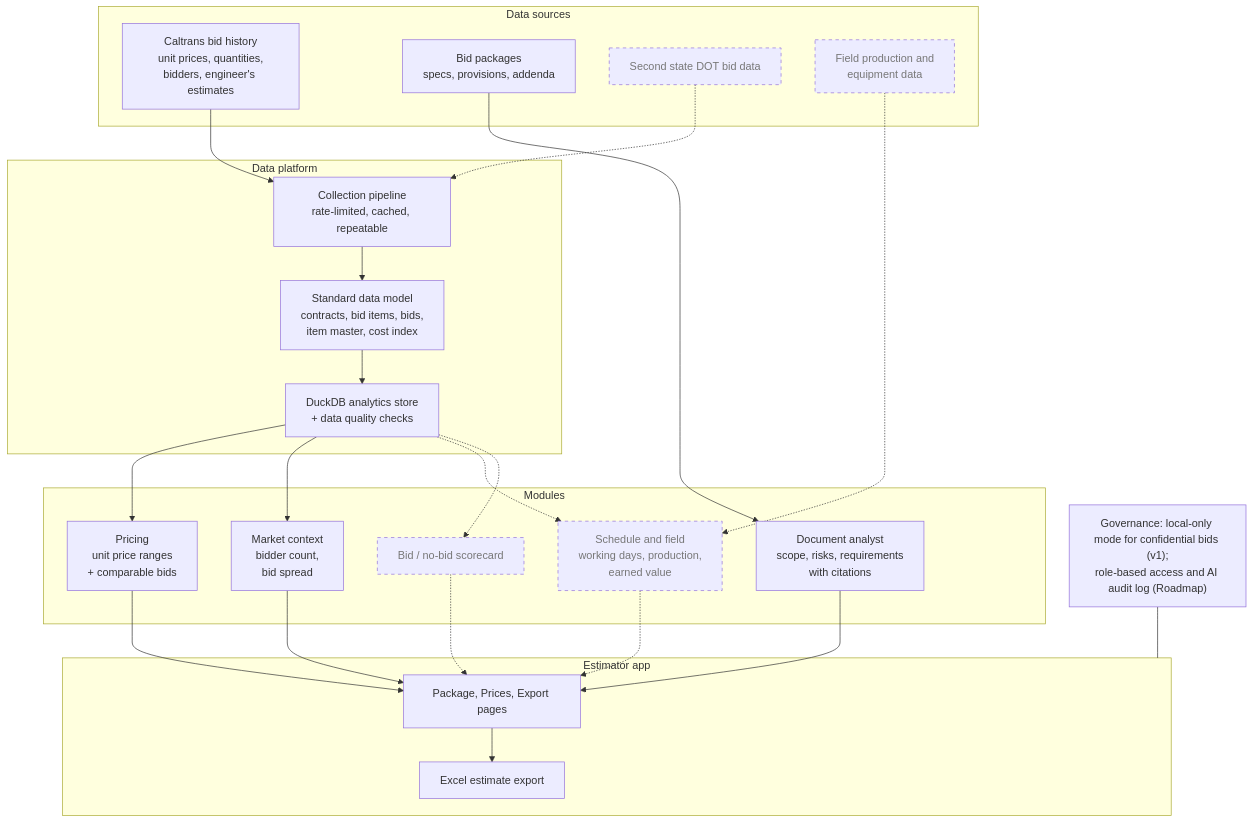
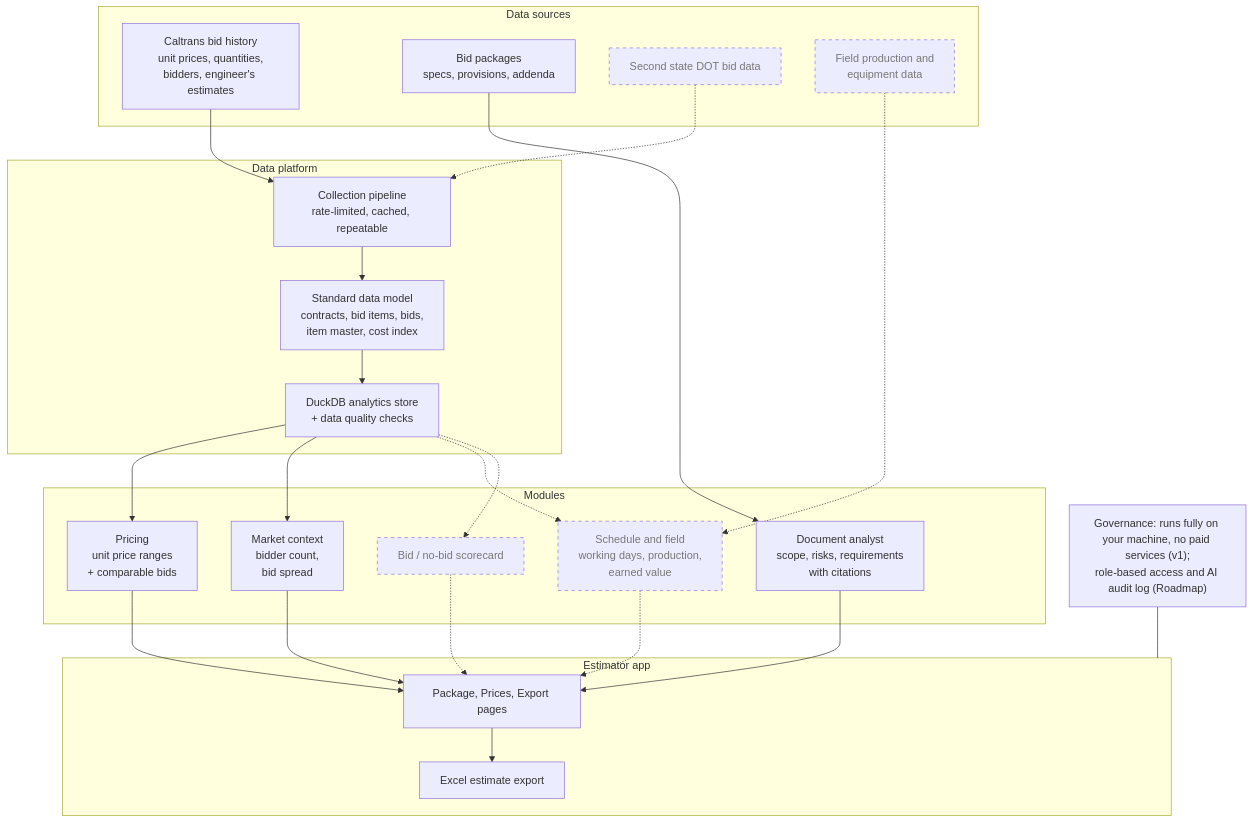
Before and after one commit to Tanmaypathak18/bidlens: the second of 2 diagrams in README.md, drawn with Mermaid. The commit also changed other lines of this file, not shown here.

Commit message:
docs: README and plan say BidLens runs fully locally at no cost; hosted mode optional

````diff
--- a/README.md
+++ b/README.md
@@ -65,50 +65,50 @@
 ```mermaid
 flowchart TB
     subgraph SRC["Data sources"]
         S1["Caltrans bid history<br/>unit prices, quantities,<br/>bidders, engineer's estimates"]
         S2["Bid packages<br/>specs, provisions, addenda"]
         S3["Second state DOT bid data"]
         S4["Field production and<br/>equipment data"]
     end
 
     subgraph PLAT["Data platform"]
         P1["Collection pipeline<br/>rate-limited, cached, repeatable"]
         P2["Standard data model<br/>contracts, bid items, bids,<br/>item master, cost index"]
         P3["DuckDB analytics store<br/>+ data quality checks"]
         P1 --> P2 --> P3
     end
 
     subgraph MOD["Modules"]
         M1["Pricing<br/>unit price ranges<br/>+ comparable bids"]
         M2["Market context<br/>bidder count,<br/>bid spread"]
         M3["Document analyst<br/>scope, risks, requirements<br/>with citations"]
         M4["Schedule and field<br/>working days, production,<br/>earned value"]
         M5["Bid / no-bid scorecard"]
     end
 
     subgraph APP["Estimator app"]
         A1["Package, Prices, Export pages"]
         A2["Excel estimate export"]
     end
 
-    G["Governance: local-only mode for confidential bids (v1);<br/>role-based access and AI audit log (Roadmap)"]
+    G["Governance: runs fully on your machine, no paid services (v1);<br/>role-based access and AI audit log (Roadmap)"]
 
     S1 --> P1
     S2 --> M3
     S3 -.-> P1
     S4 -.-> M4
     P3 --> M1
     P3 --> M2
     P3 -.-> M4
     P3 -.-> M5
     M1 --> A1
     M2 --> A1
     M3 --> A1
     M4 -.-> A1
     M5 -.-> A1
     A1 --> A2
     G --- APP
 
     classDef roadmap stroke-dasharray: 5 5,color:#777;
     class S3,S4,M4,M5 roadmap;
 ```
````
